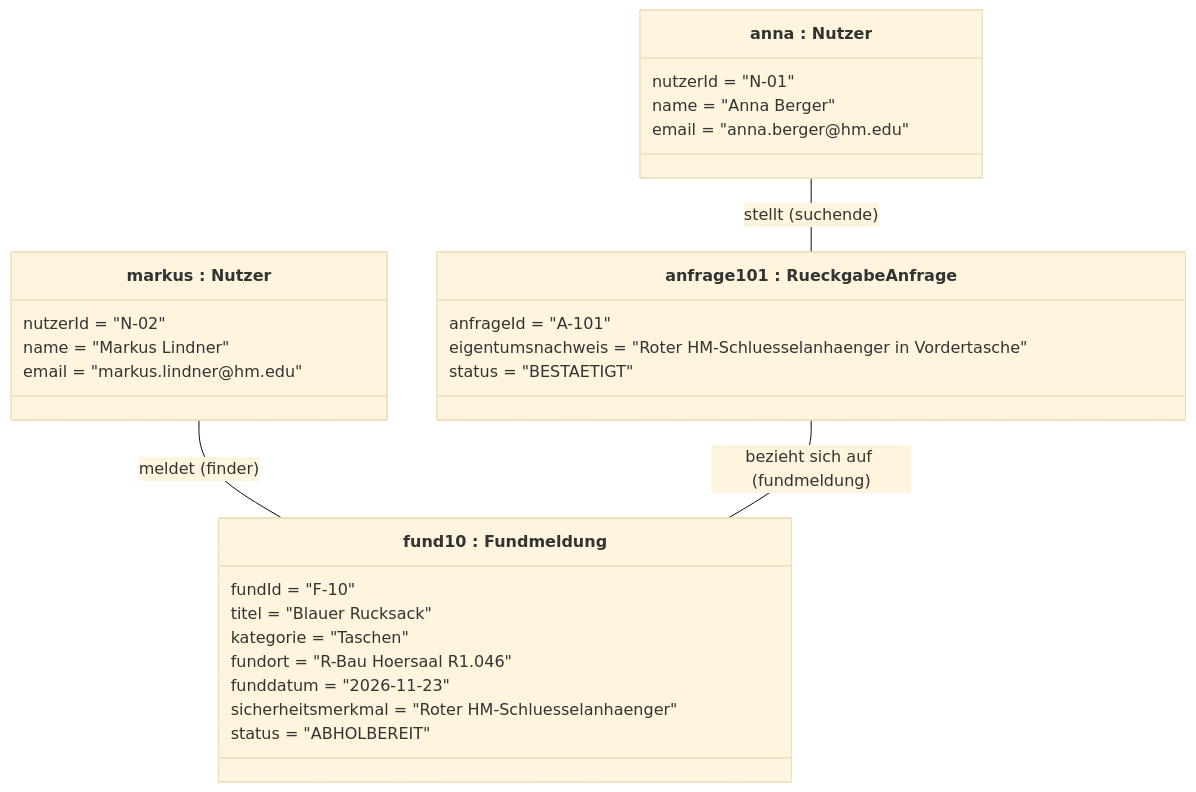
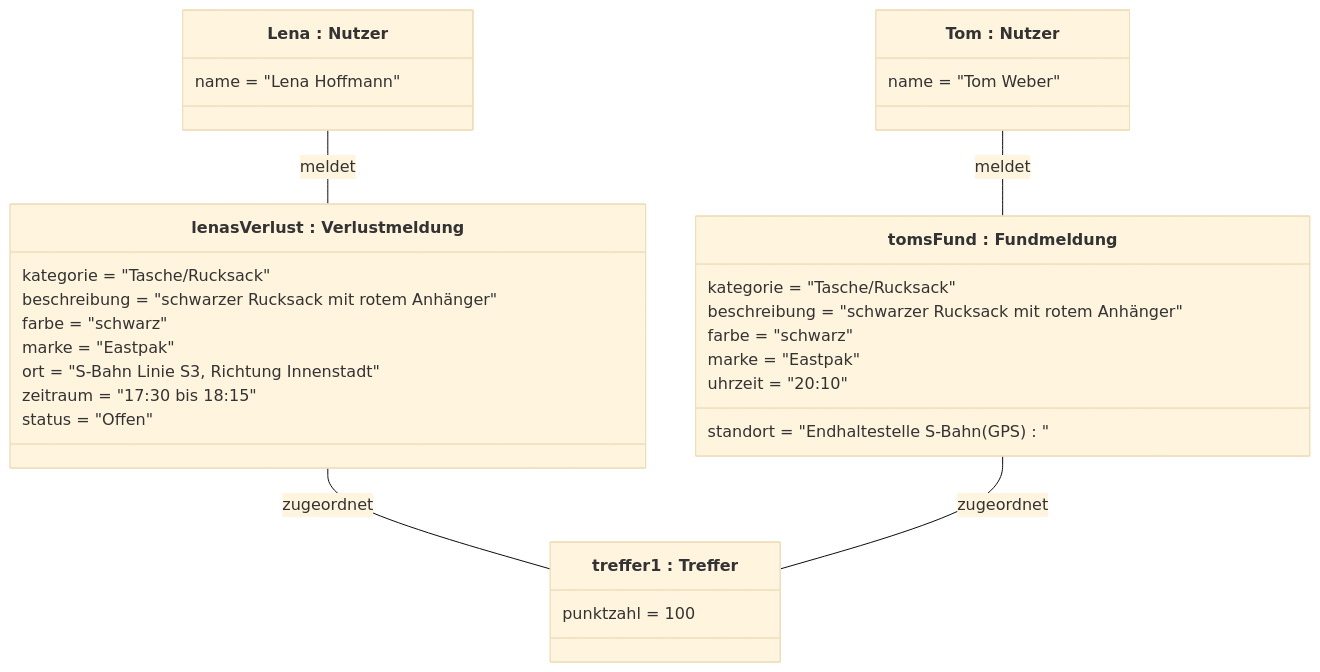
The first of 2 diagrams in docs/02-review/uebung3-modellierung.md (Laura-0712/Fundbuero_3), drawn with Mermaid (base theme) before and after one commit. The commit also changed other lines of this file, not shown here.

First line of the commit message:
Revise requirements review and UML modeling documentation

````diff
--- a/docs/02-review/uebung3-modellierung.md
+++ b/docs/02-review/uebung3-modellierung.md
@@ -58,34 +154,34 @@
 ```mermaid
 classDiagram
-    class anna_Nutzer["anna : Nutzer"] {
-        nutzerId = "N-01"
-        name = "Anna Berger"
-        email = "anna.berger@hm.edu"
+    class Lena["Lena : Nutzer"] {
+        name = "Lena Hoffmann"
+    }
+    class Tom["Tom : Nutzer"] {
+        name = "Tom Weber"
+    }
+    class lenasVerlust["lenasVerlust : Verlustmeldung"] {
+        kategorie = "Tasche/Rucksack"
+        beschreibung = "schwarzer Rucksack mit rotem Anhänger"
+        farbe = "schwarz"
+        marke = "Eastpak"
+        ort = "S-Bahn Linie S3, Richtung Innenstadt"
+        zeitraum = "17:30 bis 18:15"
+        status = "Offen"
+    }
+    class tomsFund["tomsFund : Fundmeldung"] {
+        kategorie = "Tasche/Rucksack"
+        beschreibung = "schwarzer Rucksack mit rotem Anhänger"
+        farbe = "schwarz"
+        marke = "Eastpak"
+        standort = "Endhaltestelle S-Bahn (GPS)"
+        uhrzeit = "20:10"
+    }
+    class treffer1["treffer1 : Treffer"] {
+        punktzahl = 100
     }
 
-    class markus_Nutzer["markus : Nutzer"] {
-        nutzerId = "N-02"
-        name = "Markus Lindner"
-        email = "markus.lindner@hm.edu"
-    }
-
-    class fund10_Fundmeldung["fund10 : Fundmeldung"] {
-        fundId = "F-10"
-        titel = "Blauer Rucksack"
-        kategorie = "Taschen"
-        fundort = "R-Bau Hoersaal R1.046"
-        funddatum = "2026-11-23"
-        sicherheitsmerkmal = "Roter HM-Schluesselanhaenger"
-        status = "ABHOLBEREIT"
-    }
-
-    class anfrage101_RueckgabeAnfrage["anfrage101 : RueckgabeAnfrage"] {
-        anfrageId = "A-101"
-        eigentumsnachweis = "Roter HM-Schluesselanhaenger in Vordertasche"
-        status = "BESTAETIGT"
-    }
-
-    markus_Nutzer -- fund10_Fundmeldung : meldet (finder)
-    anna_Nutzer -- anfrage101_RueckgabeAnfrage : stellt (suchende)
-    anfrage101_RueckgabeAnfrage -- fund10_Fundmeldung : bezieht sich auf (fundmeldung)
+    Lena -- lenasVerlust : meldet
+    Tom -- tomsFund : meldet
+    lenasVerlust -- treffer1 : zugeordnet
+    tomsFund -- treffer1 : zugeordnet
 ```
````
